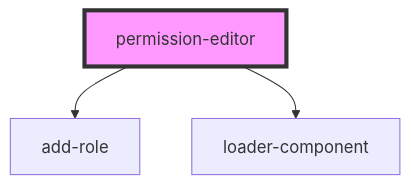
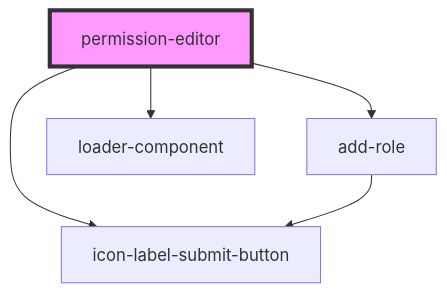
Before and after one commit to techvariable/NeptuneConnectComponents: the diagram in src/components/permissionPage/permission-editor/readme.md, drawn with Mermaid. The commit also changed other lines of this file and 28 other files, not shown here.

````diff
--- a/src/components/permissionPage/permission-editor/readme.md
+++ b/src/components/permissionPage/permission-editor/readme.md
@@ -24,6 +25,8 @@
 ```mermaid
 graph TD;
   permission-editor --> add-role
+  permission-editor --> icon-label-submit-button
   permission-editor --> loader-component
+  add-role --> icon-label-submit-button
   style permission-editor fill:#f9f,stroke:#333,stroke-width:4px
 ```
````
